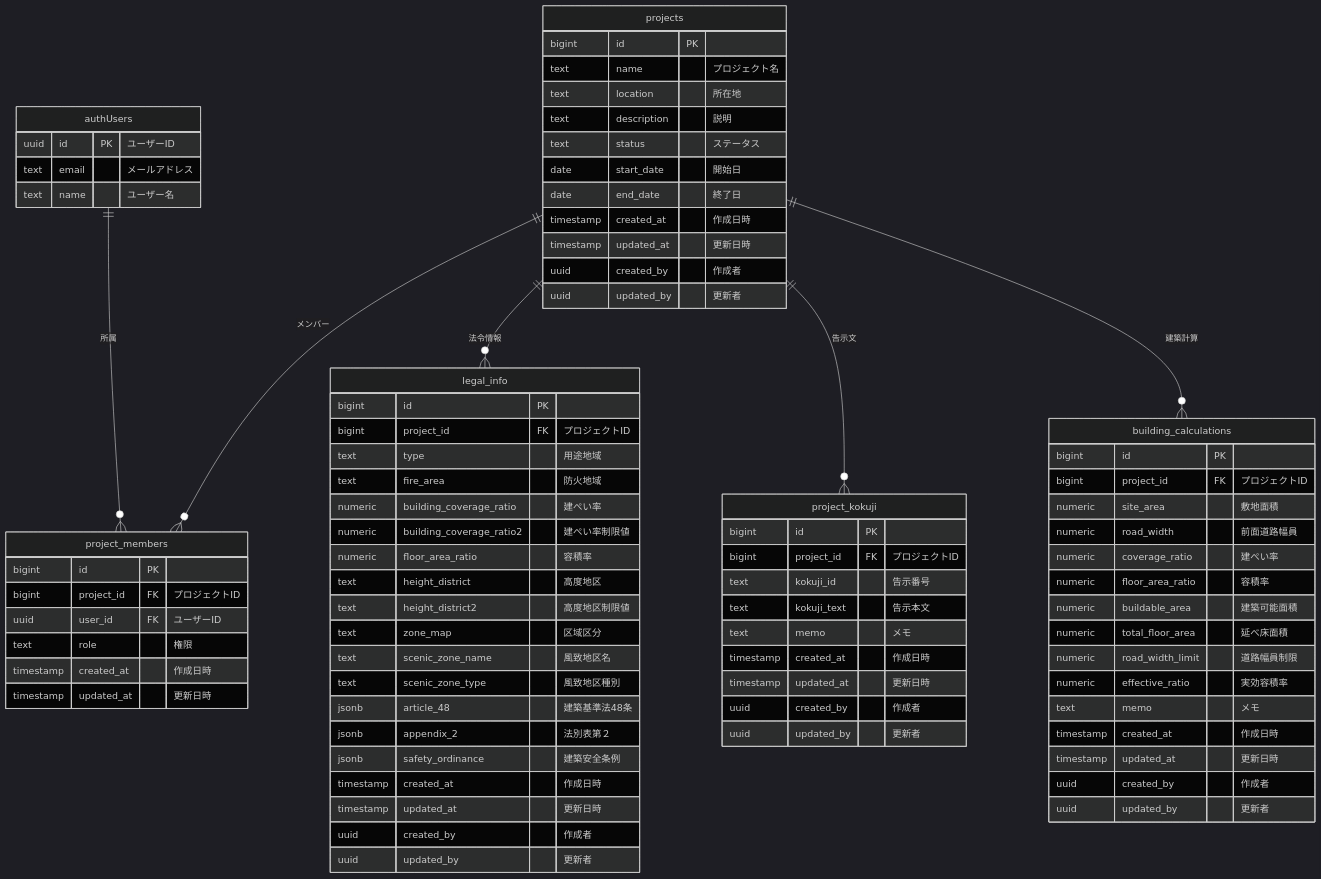
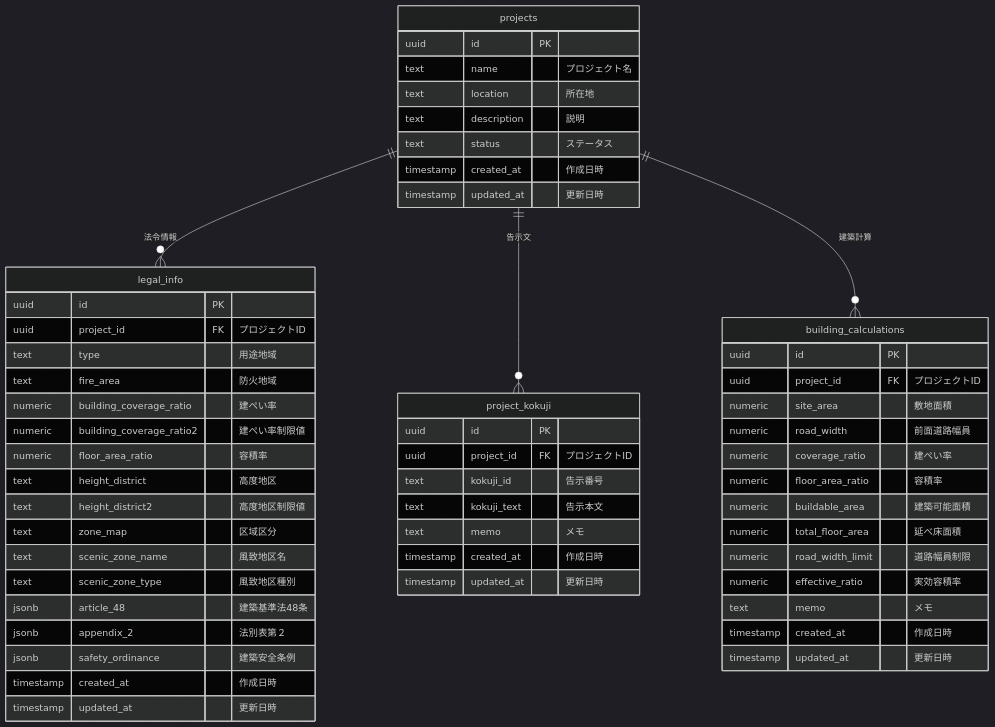
The diagram in docs/database-schema.md (kamekamek/legal_api), drawn with Mermaid (dark theme) before and after one commit. The commit also changed other lines of this file and 4 other files, not shown here.

First line of the commit message:
refactor(backend): Simplify database schema and remove redundant server configuration

````diff
--- a/docs/database-schema.md
+++ b/docs/database-schema.md
@@ -5,37 +5,22 @@
 ```mermaid
 erDiagram
-    projects ||--o{ project_members : "メンバー"
     projects ||--o{ legal_info : "法令情報"
     projects ||--o{ project_kokuji : "告示文"
     projects ||--o{ building_calculations : "建築計算"
-    authUsers ||--o{ project_members : "所属"
 
     projects {
-        bigint id PK
+        uuid id PK
         text name "プロジェクト名"
         text location "所在地"
         text description "説明"
         text status "ステータス"
-        date start_date "開始日"
-        date end_date "終了日"
-        timestamp created_at "作成日時"
-        timestamp updated_at "更新日時"
-        uuid created_by "作成者"
-        uuid updated_by "更新者"
-    }
-
-    project_members {
-        bigint id PK
-        bigint project_id FK "プロジェクトID"
-        uuid user_id FK "ユーザーID"
-        text role "権限"
         timestamp created_at "作成日時"
         timestamp updated_at "更新日時"
     }
 
     legal_info {
-        bigint id PK
-        bigint project_id FK "プロジェクトID"
+        uuid id PK
+        uuid project_id FK "プロジェクトID"
         text type "用途地域"
         text fire_area "防火地域"
         numeric building_coverage_ratio "建ぺい率"
@@ -51,25 +36,21 @@
         jsonb safety_ordinance "建築安全条例"
         timestamp created_at "作成日時"
         timestamp updated_at "更新日時"
-        uuid created_by "作成者"
-        uuid updated_by "更新者"
     }
 
     project_kokuji {
-        bigint id PK
-        bigint project_id FK "プロジェクトID"
+        uuid id PK
+        uuid project_id FK "プロジェクトID"
         text kokuji_id "告示番号"
         text kokuji_text "告示本文"
         text memo "メモ"
         timestamp created_at "作成日時"
         timestamp updated_at "更新日時"
-        uuid created_by "作成者"
-        uuid updated_by "更新者"
     }
 
     building_calculations {
-        bigint id PK
-        bigint project_id FK "プロジェクトID"
+        uuid id PK
+        uuid project_id FK "プロジェクトID"
         numeric site_area "敷地面積"
         numeric road_width "前面道路幅員"
         numeric coverage_ratio "建ぺい率"
@@ -81,13 +62,5 @@
         text memo "メモ"
         timestamp created_at "作成日時"
         timestamp updated_at "更新日時"
-        uuid created_by "作成者"
-        uuid updated_by "更新者"
-    }
-
-    authUsers {
-        uuid id PK "ユーザーID"
-        text email "メールアドレス"
-        text name "ユーザー名"
     }
 ```
````
